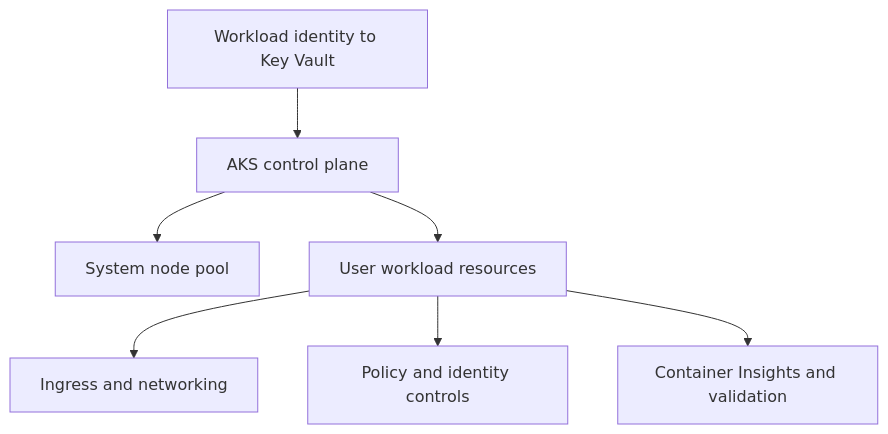
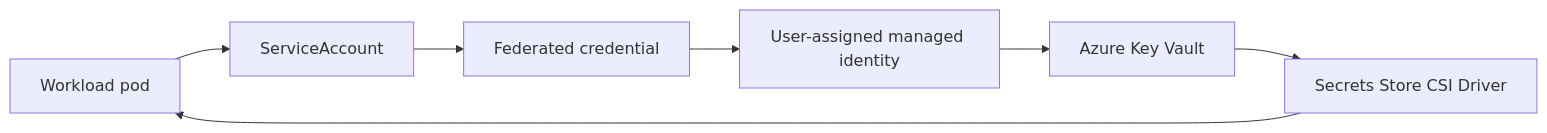
One commit to yeongseon/azure-kubernetes-service-practical-guide changed the diagram in docs/tutorials/lab-guides/lab-03-azure-key-vault-csi-driver.md. Above: the diagram before and after it, drawn with Mermaid. The commit also changed other lines of this file and 66 other files, not shown here.

First line of the commit message:
feat: add MSLearn source attribution to all 69 mermaid diagrams

````diff
--- a/docs/tutorials/lab-guides/lab-03-azure-key-vault-csi-driver.md
+++ b/docs/tutorials/lab-guides/lab-03-azure-key-vault-csi-driver.md
@@ -20,9 +35,9 @@
 ```mermaid
-flowchart TD
-    A[Workload identity to Key Vault] --> B[AKS control plane]
-    B --> C[System node pool]
-    B --> D[User workload resources]
-    D --> E[Ingress and networking]
-    D --> F[Policy and identity controls]
-    D --> G[Container Insights and validation]
+flowchart LR
+    POD[Workload pod] --> SA[ServiceAccount]
+    SA --> FED[Federated credential]
+    FED --> UAMI[User-assigned managed identity]
+    UAMI --> KV[Azure Key Vault]
+    KV --> CSI[Secrets Store CSI Driver]
+    CSI --> POD
 ```
````
